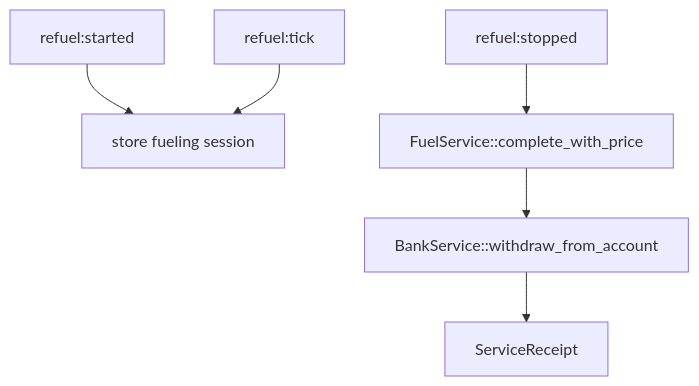
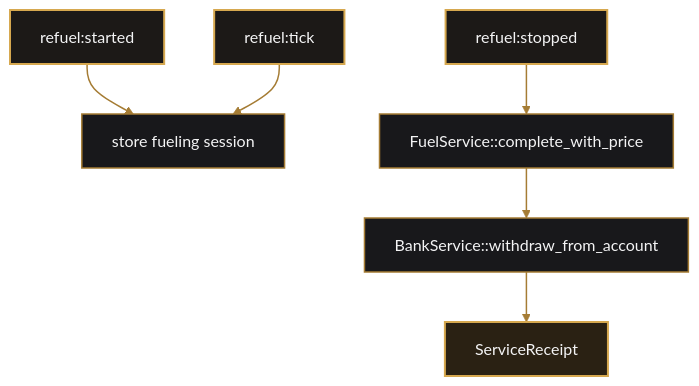
Before and after one commit to jschmidt92/crate: the diagram in docs/features/refuel.md, drawn with Mermaid. The commit also changed 21 other files, not shown here.

````diff
--- a/docs/features/refuel.md
+++ b/docs/features/refuel.md
@@ -16,8 +16,16 @@
 ```mermaid
 flowchart TD
     Started[refuel:started] --> Session[store fueling session]
     Tick[refuel:tick] --> Session
     Stopped[refuel:stopped] --> Complete[FuelService::complete_with_price]
     Complete --> Bank[BankService::withdraw_from_account]
     Bank --> Receipt[ServiceReceipt]
+
+    classDef step fill:#18181b,stroke:#a57c34,color:#f4f4f5,stroke-width:1.5px
+    classDef event fill:#1c1917,stroke:#d6a84f,color:#f4f4f5,stroke-width:2px
+    classDef success fill:#2a2113,stroke:#d6a84f,color:#f4f4f5,stroke-width:2px
+    class Session,Complete,Bank step
+    class Started,Tick,Stopped event
+    class Receipt success
+    linkStyle default stroke:#a57c34,stroke-width:1.5px
 ```
````
